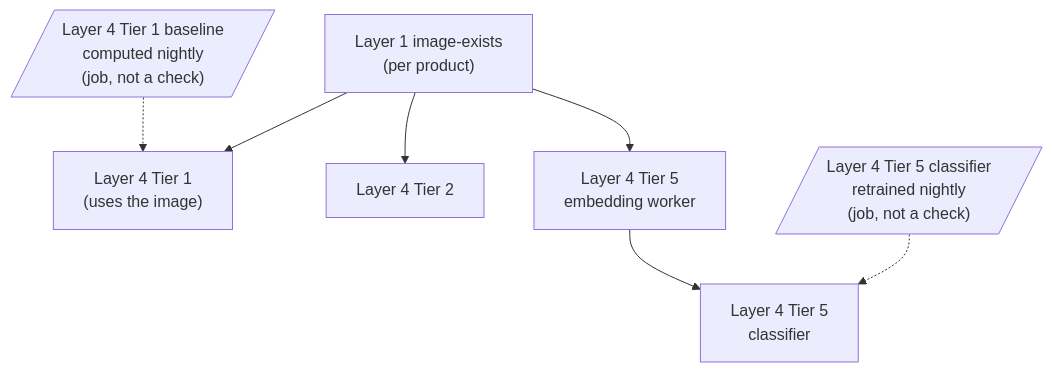
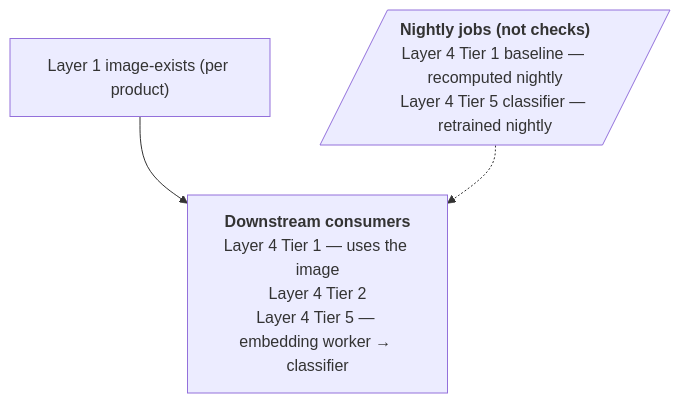
Before and after one commit to jkmesches/AQPI-Sentinel: the fourth of 5 diagrams in docs/radarca-implementation-plan.md, drawn with Mermaid. The commit also changed other lines of this file and 7 other files, not shown here.

````diff
--- a/docs/radarca-implementation-plan.md
+++ b/docs/radarca-implementation-plan.md
@@ -1095,15 +1078,9 @@
 ```mermaid
 flowchart TB
-    l1["Layer 1 image-exists<br/>(per product)"]
-    t1["Layer 4 Tier 1<br/>(uses the image)"]
-    t2["Layer 4 Tier 2"]
-    t5e["Layer 4 Tier 5<br/>embedding worker"]
-    t5c["Layer 4 Tier 5<br/>classifier"]
-    baseline[/"Layer 4 Tier 1 baseline<br/>computed nightly<br/>(job, not a check)"/]
-    retrain[/"Layer 4 Tier 5 classifier<br/>retrained nightly<br/>(job, not a check)"/]
+    l1["Layer 1 image-exists (per product)"]
+    downstream["<b>Downstream consumers</b><br/>Layer 4 Tier 1 — uses the image<br/>Layer 4 Tier 2<br/>Layer 4 Tier 5 — embedding worker → classifier"]
+    jobs[/"<b>Nightly jobs (not checks)</b><br/>Layer 4 Tier 1 baseline — recomputed nightly<br/>Layer 4 Tier 5 classifier — retrained nightly"/]
 
-    l1 --> t1 & t2 & t5e
-    t5e --> t5c
-    baseline -.-> t1
-    retrain -.-> t5c
+    l1 --> downstream
+    jobs -.-> downstream
 ```
````
